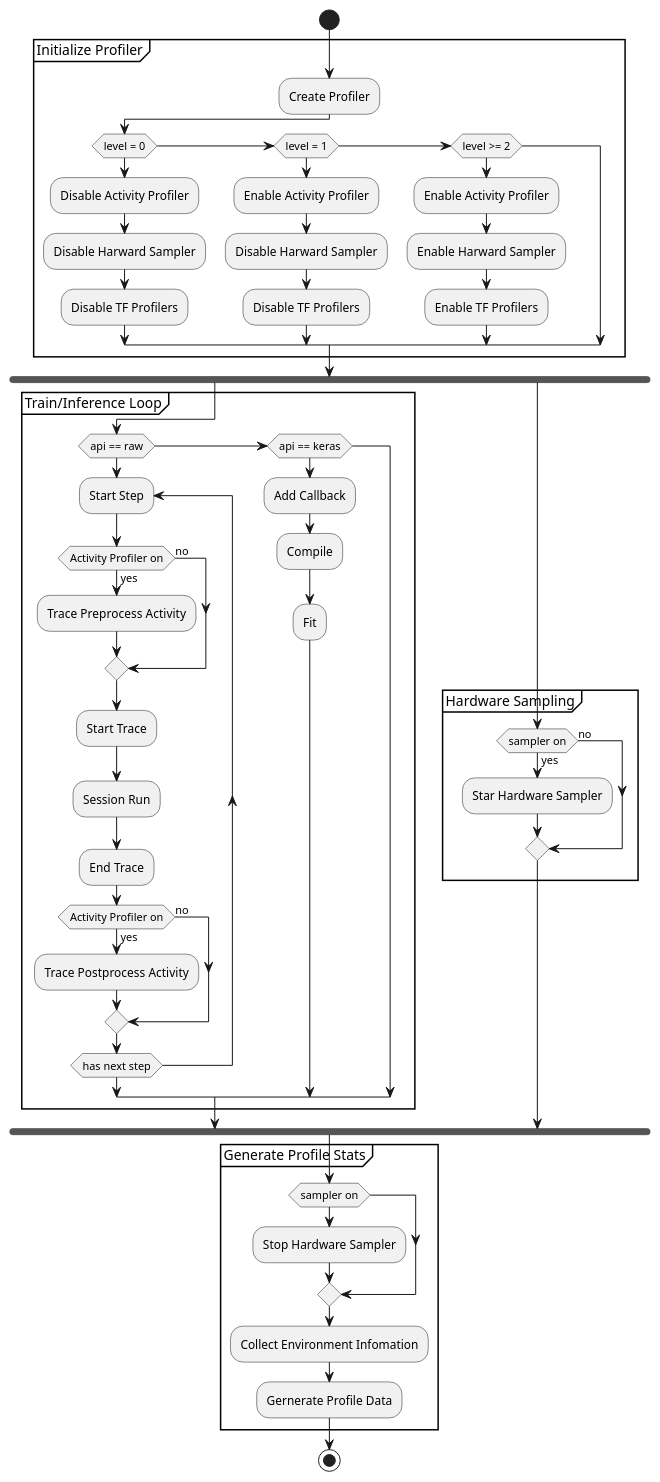
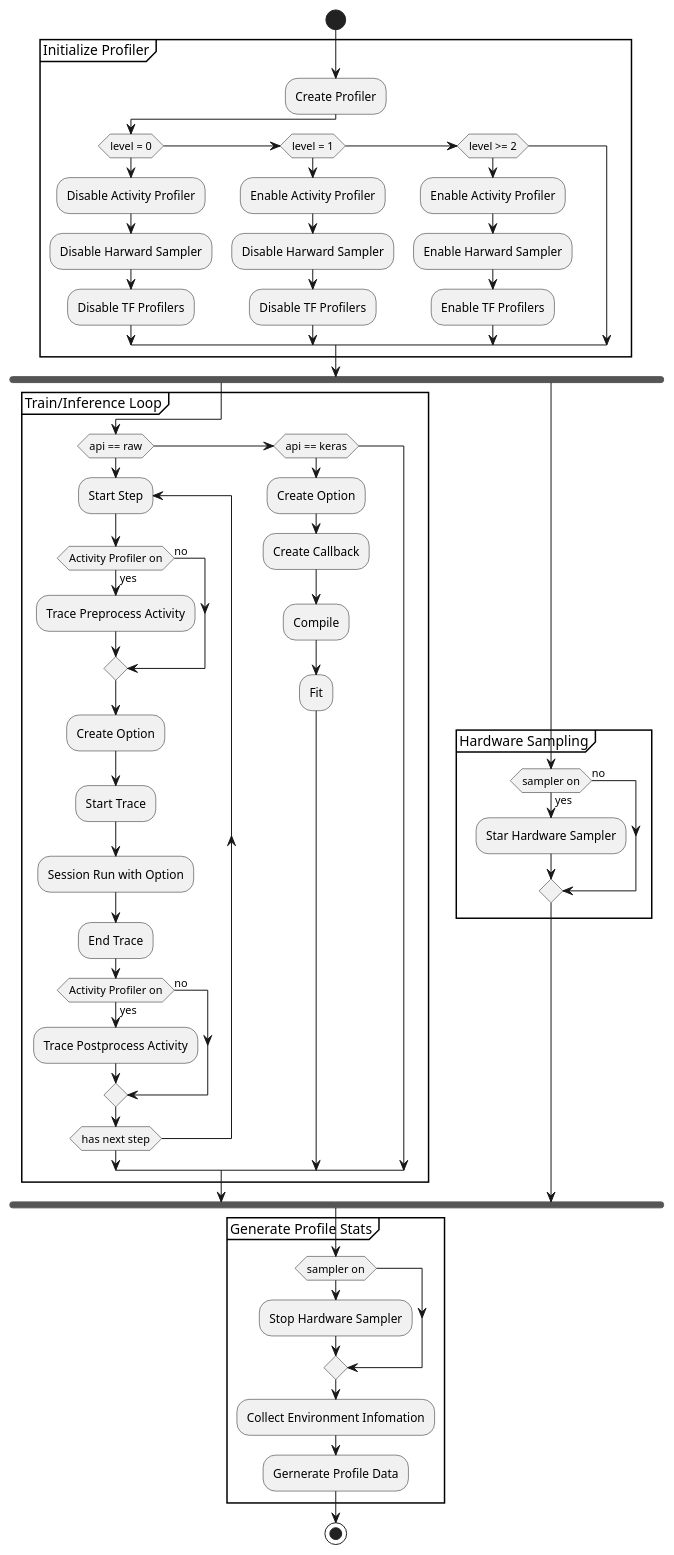
The diagram in _includes/umls/cambricon_profiler/cambricon-profiler-activity.plantuml (HermanYang/yangxy.me), drawn with PlantUML before and after one commit. The commit also changed 6 other files, not shown here.

```diff
--- a/_includes/umls/cambricon_profiler/cambricon-profiler-activity.plantuml
+++ b/_includes/umls/cambricon_profiler/cambricon-profiler-activity.plantuml
@@ -1,61 +1,63 @@
 @startuml
 start
 
 partition "Initialize Profiler" {
     :Create Profiler;
     if (level = 0) 
         :Disable Activity Profiler;
         :Disable Harward Sampler;
         :Disable TF Profilers;
     elseif (level = 1)
         :Enable Activity Profiler;
         :Disable Harward Sampler;
         :Disable TF Profilers;
     elseif (level >= 2)
         :Enable Activity Profiler;
         :Enable Harward Sampler;
         :Enable TF Profilers;
 endif
 }
 
 fork
     partition "Train/Inference Loop" {
         if (api == raw) 
         repeat:Start Step;
             if (Activity Profiler on) then (yes)
                 :Trace Preprocess Activity;
             else (no)
             endif
+            :Create Option;
             :Start Trace;
-            :Session Run;
+            :Session Run with Option;
             :End Trace;
             if (Activity Profiler on) then (yes)
                 :Trace Postprocess Activity;
             else (no)
             endif
         repeat while (has next step);
         elseif (api == keras)
-        :Add Callback;
+        :Create Option;
+        :Create Callback;
         :Compile;
         :Fit;
     endif
 }
 fork again
     partition "Hardware Sampling" {
     if (sampler on) then (yes)
         :Star Hardware Sampler;
     else (no)
     endif
     }
     end fork
 
 partition "Generate Profile Stats" {
     if (sampler on)
         :Stop Hardware Sampler;
     endif
     :Collect Environment Infomation;
     :Gernerate Profile Data;
 }
 
 stop
 @enduml
```
